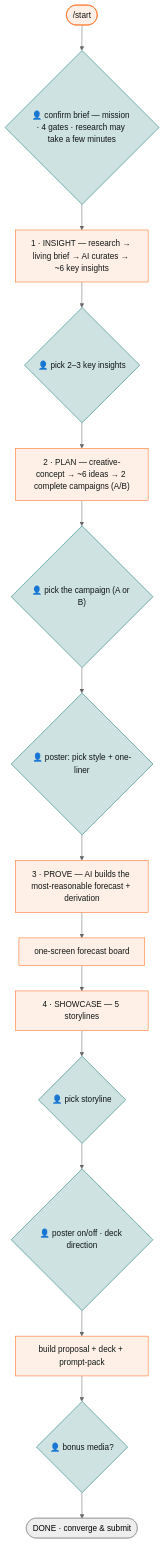
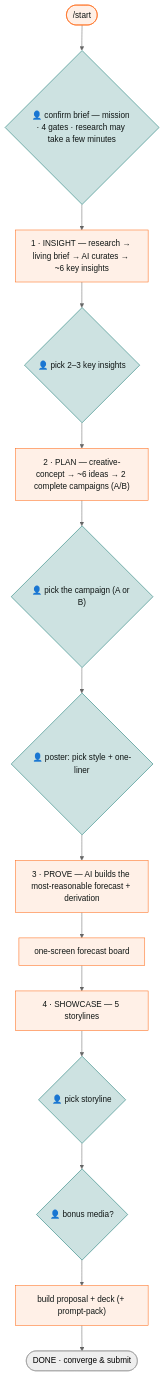
Before and after one commit to jkang/a-hackathon: the diagram in .opencode/README.md, drawn with Mermaid (neutral theme). The commit also changed other lines of this file and 14 other files, not shown here.

````diff
--- a/.opencode/README.md
+++ b/.opencode/README.md
@@ -68,22 +68,21 @@
 ```mermaid
 flowchart TD
     A([/start]) --> H0{"👤 confirm brief — mission · 4 gates · research may take a few minutes"}
     H0 --> I["1 · INSIGHT — research → living brief → AI curates → ~6 key insights"]
     I --> H1{"👤 pick 2–3 key insights"}
     H1 --> P["2 · PLAN — creative-concept → ~6 ideas → 2 complete campaigns (A/B)"]
     P --> H3{"👤 pick the campaign (A or B)"}
     H3 --> H4{"👤 poster: pick style + one-liner"}
     H4 --> V["3 · PROVE — AI builds the most-reasonable forecast + derivation"]
     V --> C["one-screen forecast board"]
     C --> S["4 · SHOWCASE — 5 storylines"]
     S --> H7{"👤 pick storyline"}
-    H7 --> H8{"👤 poster on/off · deck direction"}
-    H8 --> B["build proposal + deck + prompt-pack"]
-    B --> H9{"👤 bonus media?"}
-    H9 --> D([DONE · converge & submit])
+    H7 --> H9{"👤 bonus media?"}
+    H9 --> B["build proposal + deck (+ prompt-pack)"]
+    B --> D([DONE · converge & submit])
 
     classDef ai fill:#FFF0E7,stroke:#FF6611,color:#0F1514;
     classDef hitl fill:#CDE2E1,stroke:#077069,color:#0F1514;
     class A,I,P,V,C,S,B ai;
-    class H0,H1,H3,H4,H7,H8,H9 hitl;
+    class H0,H1,H3,H4,H7,H9 hitl;
 ```
````
